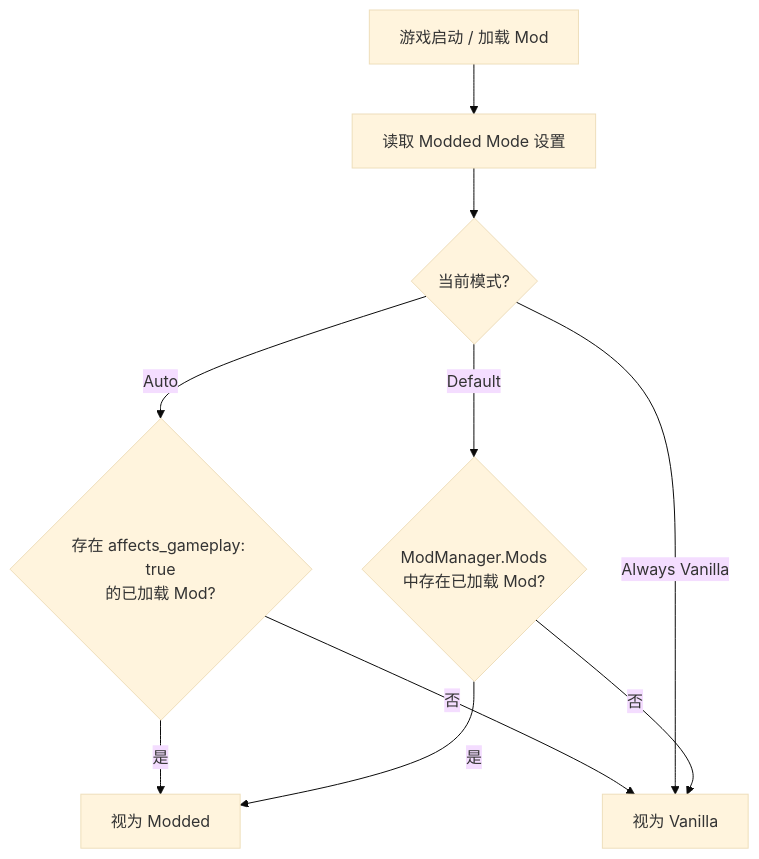
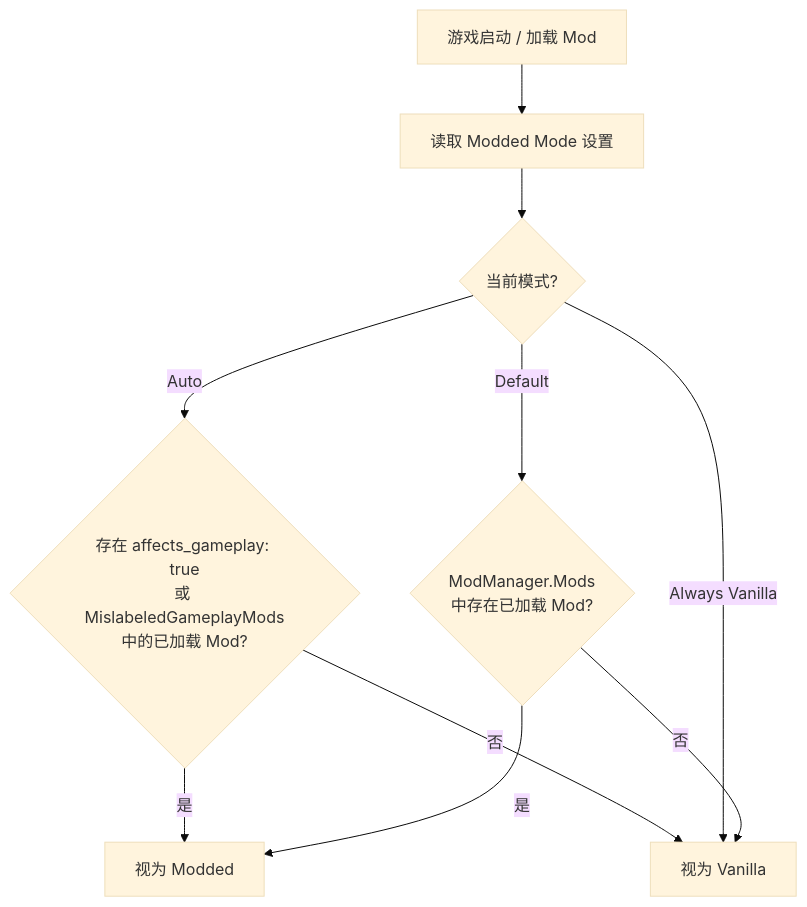
One commit to xiting910/RespectAffectsGameplay changed the first of 2 diagrams in README.md. Above: the diagram before and after it, drawn with Mermaid (base theme). The commit also changed other lines of this file and 9 other files, not shown here.

First line of the commit message:
feat: 新增误标 Mod 检测、Toast 警告与 Auto 模式自动修正

````diff
--- a/README.md
+++ b/README.md
@@ -131,12 +133,12 @@
 ```mermaid
 flowchart TD
     A[游戏启动 / 加载 Mod] --> B[读取 Modded Mode 设置]
     B --> C{当前模式?}
-    C -->|Auto| D{存在 affects_gameplay: true<br/>的已加载 Mod?}
+    C -->|Auto| D{存在 affects_gameplay: true<br/>或 MislabeledGameplayMods<br/>中的已加载 Mod?}
     D -->|是| E[视为 Modded]
     D -->|否| F[视为 Vanilla]
     C -->|Always Vanilla| F
     C -->|Default| G{ModManager.Mods<br/>中存在已加载 Mod?}
     G -->|是| E
     G -->|否| F
 ```
````
